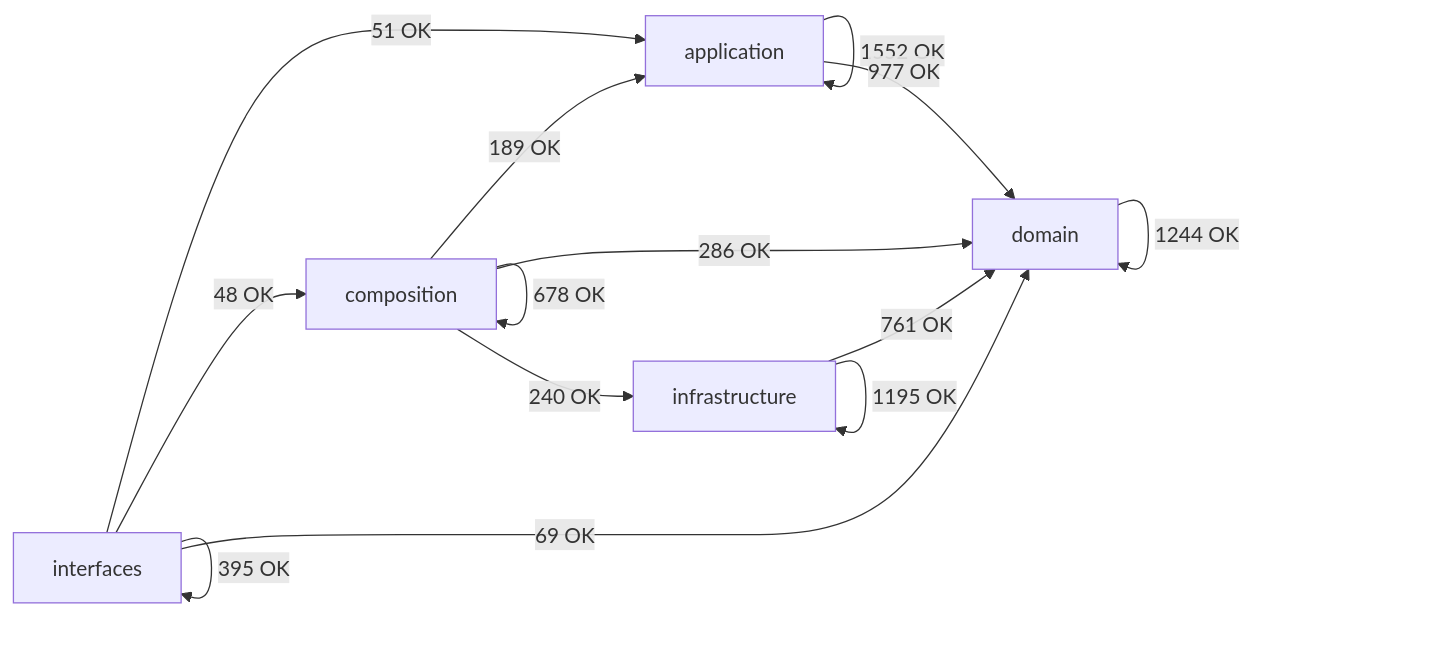
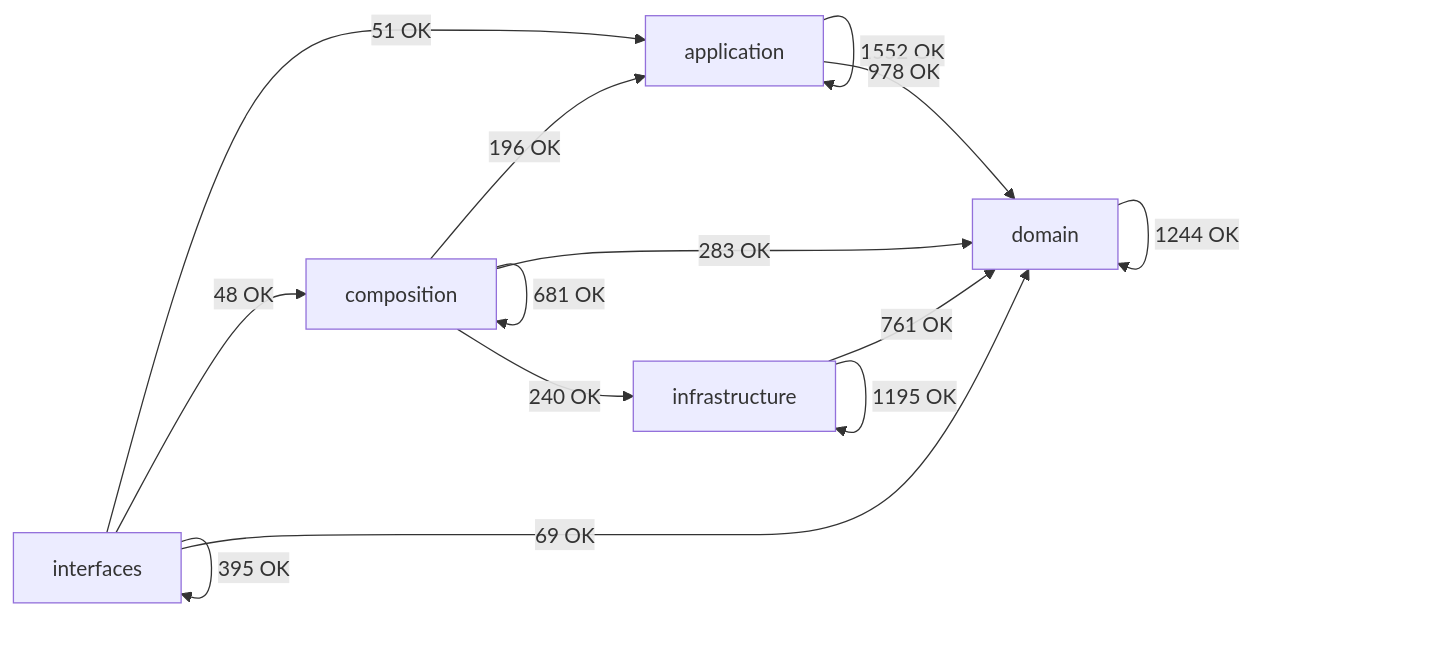
The diagram in docs/02-architecture/generated/module-dependency-map.md (SatoryKono/BioactivityDataAcquisition), drawn with Mermaid before and after one commit. The commit also changed other lines of this file and 15 other files, not shown here.

````diff
--- a/docs/02-architecture/generated/module-dependency-map.md
+++ b/docs/02-architecture/generated/module-dependency-map.md
@@ -17,21 +17,21 @@
 ```mermaid
 flowchart LR
     domain[domain]
     application[application]
     infrastructure[infrastructure]
     composition[composition]
     interfaces[interfaces]
     application -->|1552 OK| application
-    application -->|977 OK| domain
-    composition -->|189 OK| application
-    composition -->|678 OK| composition
-    composition -->|286 OK| domain
+    application -->|978 OK| domain
+    composition -->|196 OK| application
+    composition -->|681 OK| composition
+    composition -->|283 OK| domain
     composition -->|240 OK| infrastructure
     domain -->|1244 OK| domain
     infrastructure -->|761 OK| domain
     infrastructure -->|1195 OK| infrastructure
     interfaces -->|51 OK| application
     interfaces -->|48 OK| composition
     interfaces -->|69 OK| domain
     interfaces -->|395 OK| interfaces
 ```
````
